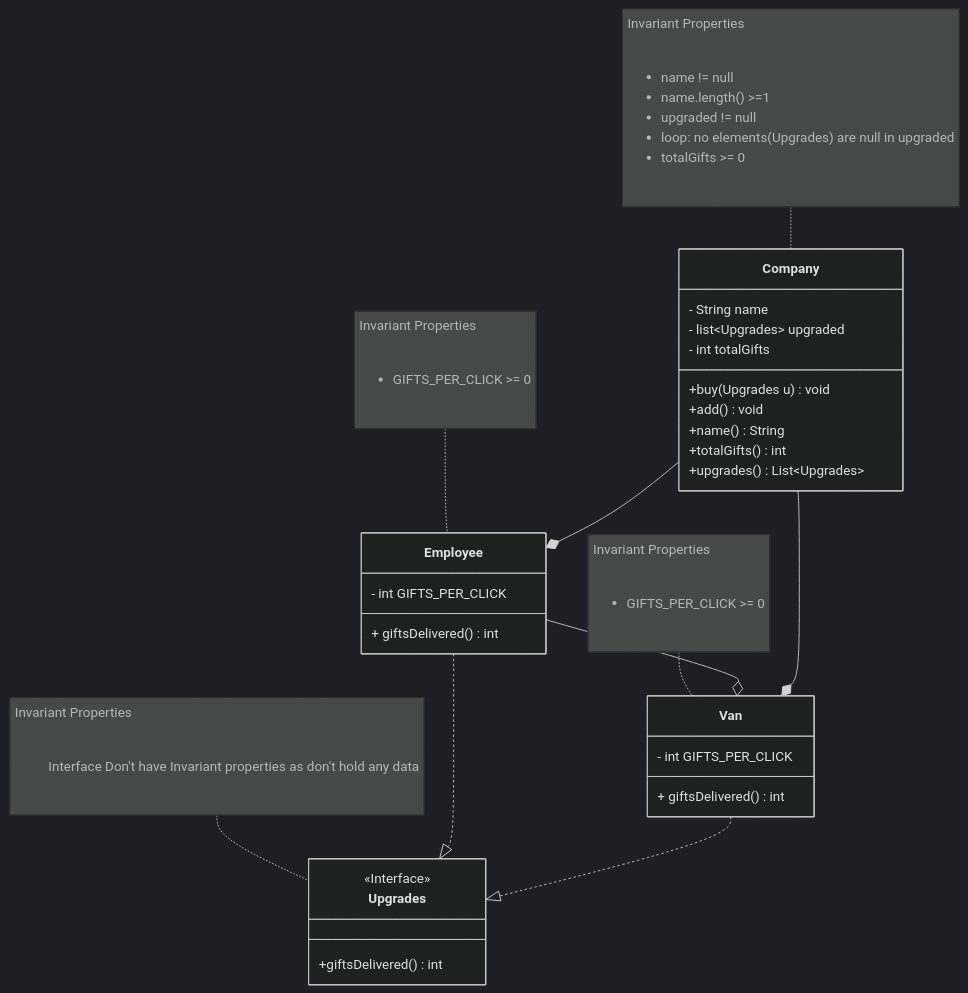
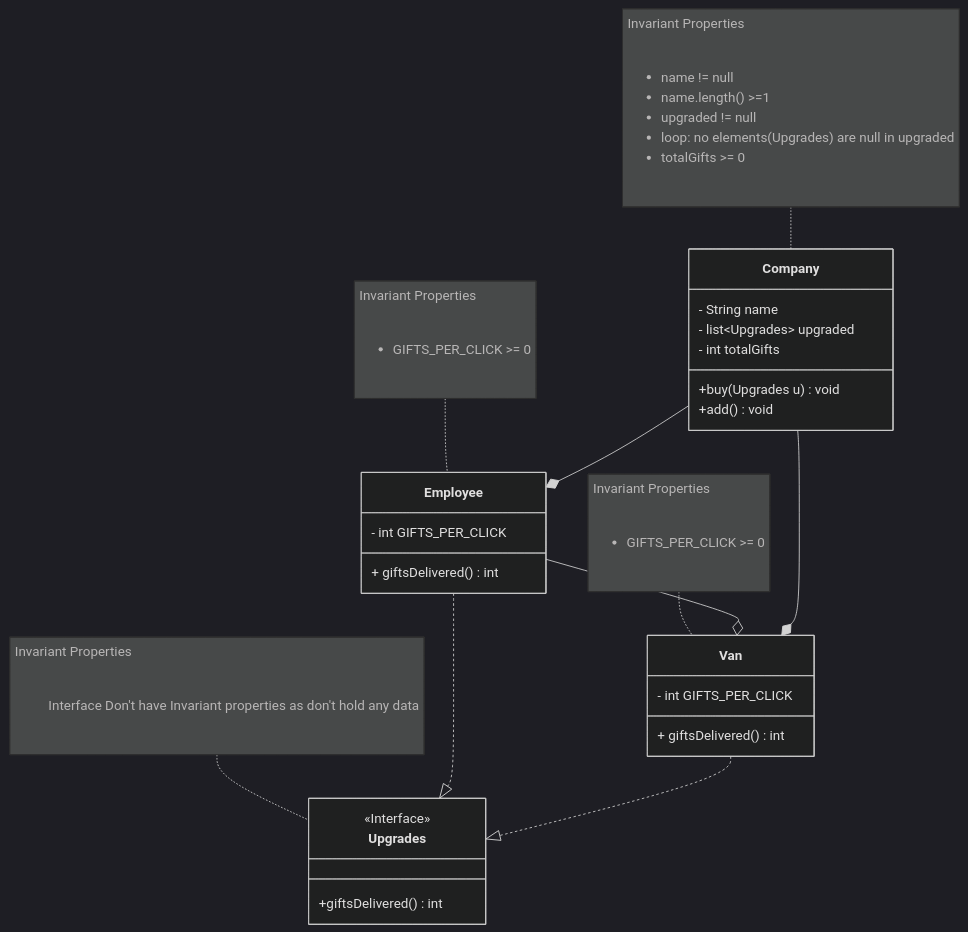
One commit to umangmehta0007/Clicker changed the diagram in domain.md. Above: the diagram before and after it, drawn with Mermaid (dark theme). The commit also changed 1 other file, not shown here.

Commit message:
Getters were removed from the domain model and some comments were added

````diff
--- a/domain.md
+++ b/domain.md
@@ -9,70 +9,69 @@
 ```mermaid
 classDiagram
         
         note for Company "Invariant Properties
              <ul> 
                 <li> name != null
                 <li> name.length() >=1
                 <li>upgraded != null
                 <li> loop: no elements(Upgrades) are null in upgraded
                 <li> totalGifts >= 0
             </ul>
         "
     
     class Company{
         - String name
         - list~Upgrades~ upgraded
         - int totalGifts
         
+        %%Purchasing the upgrade and adding it to the list
         +buy(Upgrades u) void
+        
+        %%this add method is responsible for calculating total gifts per click
+        %%and adding them to total gifts per click.
         +add() void 
-        %% this is more like a listener.
-        
-        %% adding gifts to total gifts depending on upgrades you have
-       
-        %% should I introduce getters for now or not needed.
-        +name() String
-        +totalGifts() int
-        +upgrades() List~Upgrades~
         
     }
     note for Upgrades "Invariant Properties
              <ul> 
                 Interface Don't have Invariant properties as don't hold any data
             </ul>
         "
         
     class Upgrades{
         <<Interface>>
+            
+        %% This method would give the speciality of my upgrade
+        %% Calculating the gifts/click as per the upgrade. 
         +giftsDelivered() int
     }
 
     note for Employee "Invariant Properties
              <ul> 
                 <li> GIFTS_PER_CLICK >= 0
             </ul>
         "
     class Employee{
         - int GIFTS_PER_CLICK
         + giftsDelivered() int
     }
     
     note for Van "Invariant Properties
              <ul> 
                 <li> GIFTS_PER_CLICK >= 0
             </ul>
         "
     class Van{
         - int GIFTS_PER_CLICK
         + giftsDelivered() int
     }
     
     Employee --o Van
 
     Company--* Employee
     Company--* Van
     
     
     Employee..|>Upgrades
     Van..|>Upgrades
 ```
````
